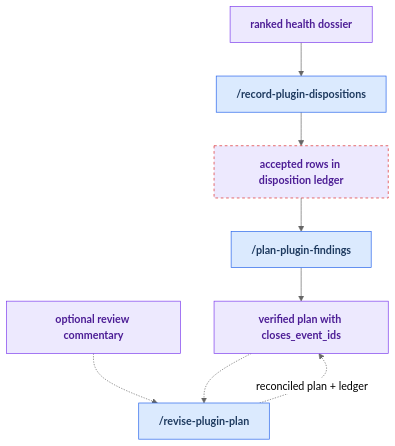
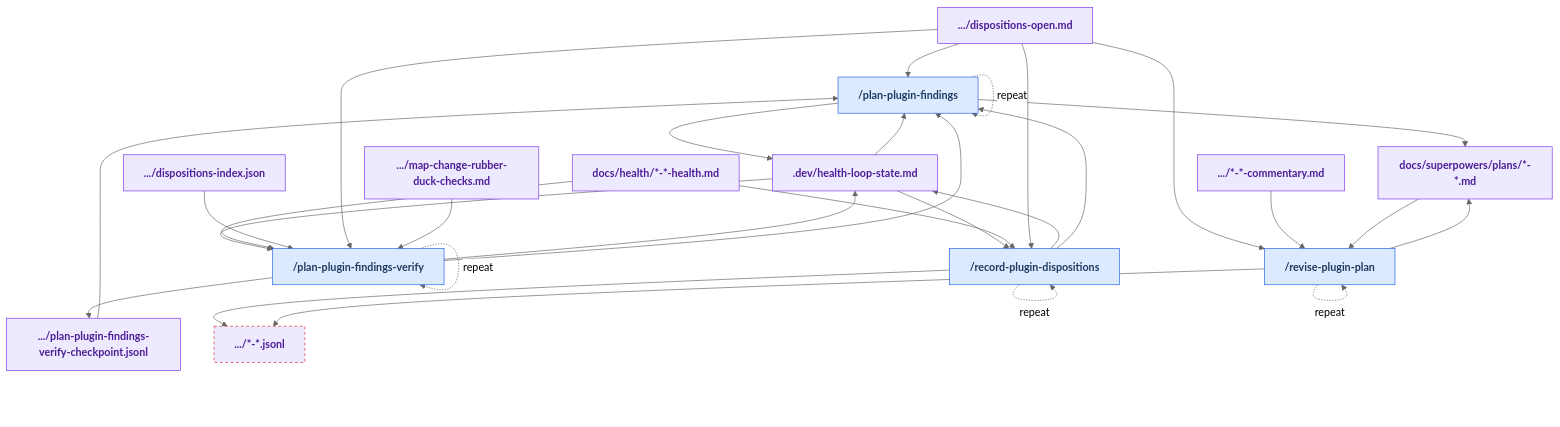
One commit to russell-laing/al-dev-shared changed the diagram in docs/maintainer_tooling/decide.md. Above: the diagram before and after it, drawn with Mermaid (neutral theme). The commit also changed other lines of this file and 6 other files, not shown here.

Commit message:
🐛 fix(implement-plugin-health): Phase 5 pre-flight, run_id, local time

````diff
--- a/docs/maintainer_tooling/decide.md
+++ b/docs/maintainer_tooling/decide.md
@@ -49,30 +49,65 @@
 ```mermaid
 flowchart TD
     classDef userSkill fill:#dbeafe,stroke:#2563eb,color:#1e3a5f,font-weight:bold
+    classDef internalSkill fill:#f3f4f6,stroke:#6b7280,color:#374151,stroke-dasharray:5 5,font-weight:bold
     classDef artifact fill:#ede9fe,stroke:#7c3aed,color:#4c1d95,font-weight:bold
     classDef orphanArtifact fill:#ede9fe,stroke:#dc2626,color:#4c1d95,stroke-dasharray:4 4,font-weight:bold
+    classDef manualStep fill:#fef3c7,stroke:#d97706,color:#78350f,font-weight:bold
 
-    art_dossier["ranked health dossier"]
-    skill_record_health_dispositions["/record-plugin-dispositions"]
-    art_ledger["accepted rows in disposition ledger"]
-    skill_plan_health_findings["/plan-plugin-findings"]
-    art_plan["verified plan with closes_event_ids"]
-    art_commentary["optional review commentary"]
-    skill_revise_health_plan["/revise-plugin-plan"]
+    skill_plan_plugin_findings["/plan-plugin-findings"]
+    skill_plan_plugin_findings_verify["/plan-plugin-findings-verify"]
+    skill_record_plugin_dispositions["/record-plugin-dispositions"]
+    skill_revise_plugin_plan["/revise-plugin-plan"]
+    art__dev_health_loop_state_md[".dev/health-loop-state.md"]
+    art__dev_plan_plugin_findings_verify_checkpoint_jsonl[".../plan-plugin-findings-verify-checkpoint.jsonl"]
+    art_docs_health_____health_md["docs/health/*-*-health.md"]
+    art_docs_health_dispositions_events_______jsonl[".../*-*.jsonl"]
+    art_docs_health_dispositions_index_json[".../dispositions-index.json"]
+    art_docs_health_dispositions_open_md[".../dispositions-open.md"]
+    art_docs_superpowers_plans_____commentary_md[".../*-*-commentary.md"]
+    art_docs_superpowers_plans_____md["docs/superpowers/plans/*-*.md"]
+    art_profile_al_dev_shared_knowledge_map_change_rubber_duck_checks_md[".../map-change-rubber-duck-checks.md"]
 
-    art_dossier --> skill_record_health_dispositions
-    skill_record_health_dispositions --> art_ledger
-    art_ledger --> skill_plan_health_findings
-    skill_plan_health_findings --> art_plan
-    art_commentary -.-> skill_revise_health_plan
-    art_plan -.-> skill_revise_health_plan
-    skill_revise_health_plan -. "reconciled plan + ledger" .-> art_plan
+    art__dev_health_loop_state_md --> skill_plan_plugin_findings
+    art__dev_plan_plugin_findings_verify_checkpoint_jsonl --> skill_plan_plugin_findings
+    art_docs_health_dispositions_open_md --> skill_plan_plugin_findings
+    skill_plan_plugin_findings --> art__dev_health_loop_state_md
+    skill_plan_plugin_findings --> art_docs_superpowers_plans_____md
+    skill_plan_plugin_findings -. "repeat" .-> skill_plan_plugin_findings
+    art__dev_health_loop_state_md --> skill_plan_plugin_findings_verify
+    art_docs_health_____health_md --> skill_plan_plugin_findings_verify
+    art_docs_health_dispositions_index_json --> skill_plan_plugin_findings_verify
+    art_docs_health_dispositions_open_md --> skill_plan_plugin_findings_verify
+    art_profile_al_dev_shared_knowledge_map_change_rubber_duck_checks_md --> skill_plan_plugin_findings_verify
+    skill_plan_plugin_findings_verify --> art__dev_health_loop_state_md
+    skill_plan_plugin_findings_verify --> art__dev_plan_plugin_findings_verify_checkpoint_jsonl
+    skill_plan_plugin_findings_verify --> skill_plan_plugin_findings
+    skill_plan_plugin_findings_verify -. "repeat" .-> skill_plan_plugin_findings_verify
+    art__dev_health_loop_state_md --> skill_record_plugin_dispositions
+    art_docs_health_____health_md --> skill_record_plugin_dispositions
+    art_docs_health_dispositions_open_md --> skill_record_plugin_dispositions
+    skill_record_plugin_dispositions --> art__dev_health_loop_state_md
+    skill_record_plugin_dispositions --> art_docs_health_dispositions_events_______jsonl
+    skill_record_plugin_dispositions --> skill_plan_plugin_findings
+    skill_record_plugin_dispositions -. "repeat" .-> skill_record_plugin_dispositions
+    art_docs_health_dispositions_open_md --> skill_revise_plugin_plan
+    art_docs_superpowers_plans_____commentary_md --> skill_revise_plugin_plan
+    art_docs_superpowers_plans_____md --> skill_revise_plugin_plan
+    skill_revise_plugin_plan --> art_docs_health_dispositions_events_______jsonl
+    skill_revise_plugin_plan --> art_docs_superpowers_plans_____md
+    skill_revise_plugin_plan -. "repeat" .-> skill_revise_plugin_plan
 
-    class skill_record_health_dispositions userSkill
-    class skill_plan_health_findings userSkill
-    class skill_revise_health_plan userSkill
-    class art_dossier artifact
-    class art_ledger orphanArtifact
-    class art_plan artifact
-    class art_commentary artifact
+    class skill_plan_plugin_findings userSkill
+    class skill_plan_plugin_findings_verify userSkill
+    class skill_record_plugin_dispositions userSkill
+    class skill_revise_plugin_plan userSkill
+    class art__dev_health_loop_state_md artifact
+    class art__dev_plan_plugin_findings_verify_checkpoint_jsonl artifact
+    class art_docs_health_____health_md artifact
+    class art_docs_health_dispositions_events_______jsonl orphanArtifact
+    class art_docs_health_dispositions_index_json artifact
+    class art_docs_health_dispositions_open_md artifact
+    class art_docs_superpowers_plans_____commentary_md artifact
+    class art_docs_superpowers_plans_____md artifact
+    class art_profile_al_dev_shared_knowledge_map_change_rubber_duck_checks_md artifact
 ```
````
